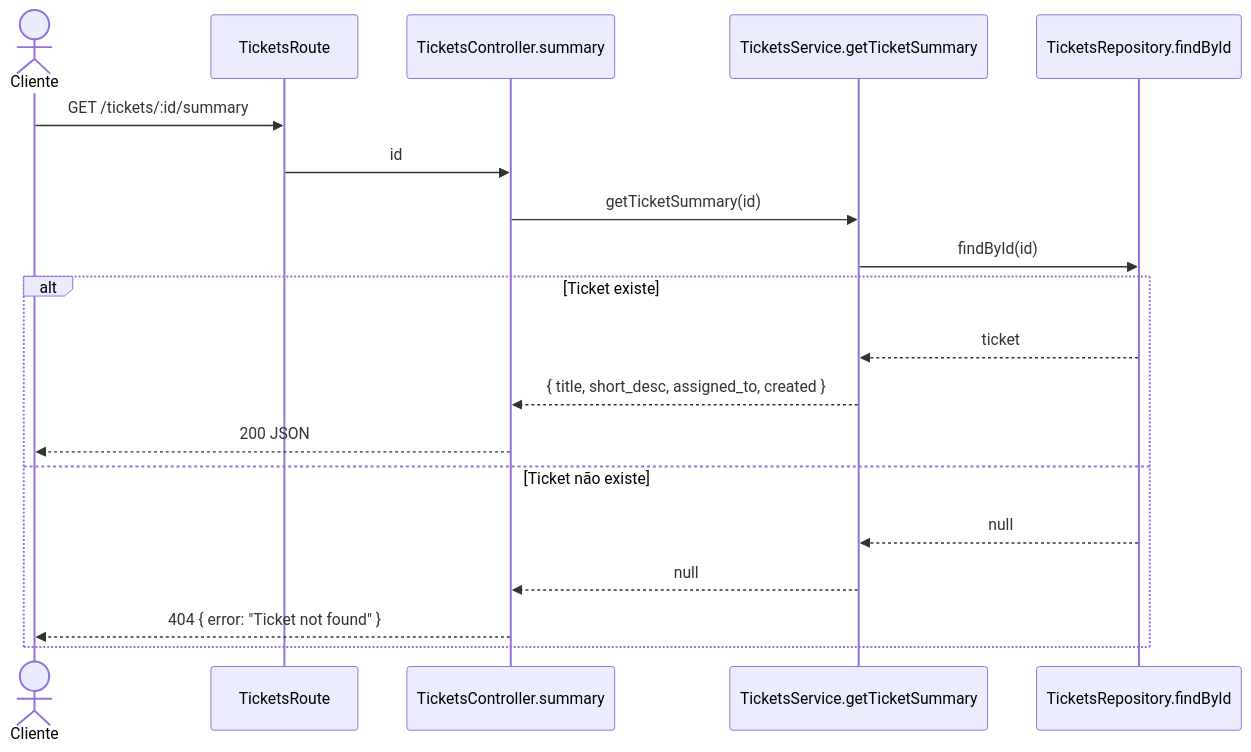
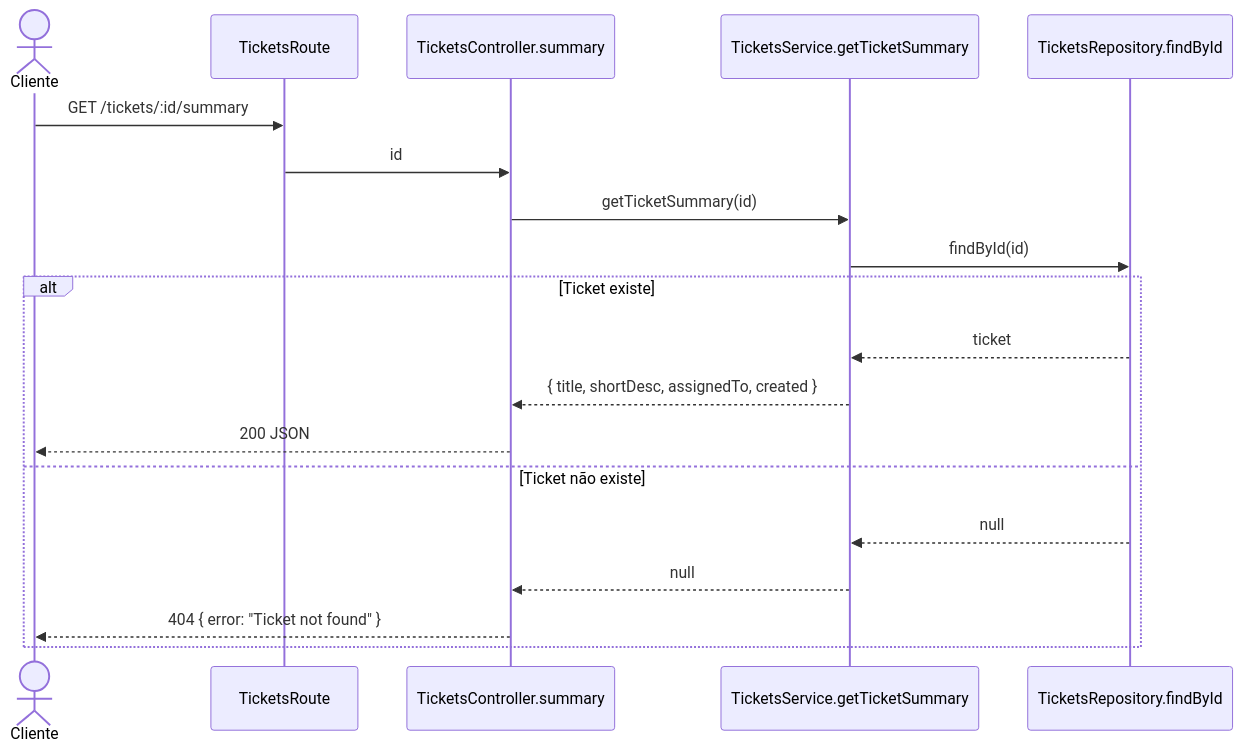
The diagram in docs/fluxos/03-get-ticket-summary.md (jciterceros/curso-typescript), drawn with Mermaid before and after one commit. The commit also changed other lines of this file and 1 other file, not shown here.

Commit message:
docs: update summary field names to camelCase

````diff
--- a/docs/fluxos/03-get-ticket-summary.md
+++ b/docs/fluxos/03-get-ticket-summary.md
@@ -9,23 +9,23 @@
 ```mermaid
 sequenceDiagram
     actor Cliente
     participant R as TicketsRoute
     participant C as TicketsController.summary
     participant S as TicketsService.getTicketSummary
     participant T as TicketsRepository.findById
 
     Cliente->>R: GET /tickets/:id/summary
     R->>C: id
     C->>S: getTicketSummary(id)
     S->>T: findById(id)
 
     alt Ticket existe
         T-->>S: ticket
-        S-->>C: { title, short_desc, assigned_to, created }
+        S-->>C: { title, shortDesc, assignedTo, created }
         C-->>Cliente: 200 JSON
     else Ticket não existe
         T-->>S: null
         S-->>C: null
         C-->>Cliente: 404 { error: "Ticket not found" }
     end
 ```
````
